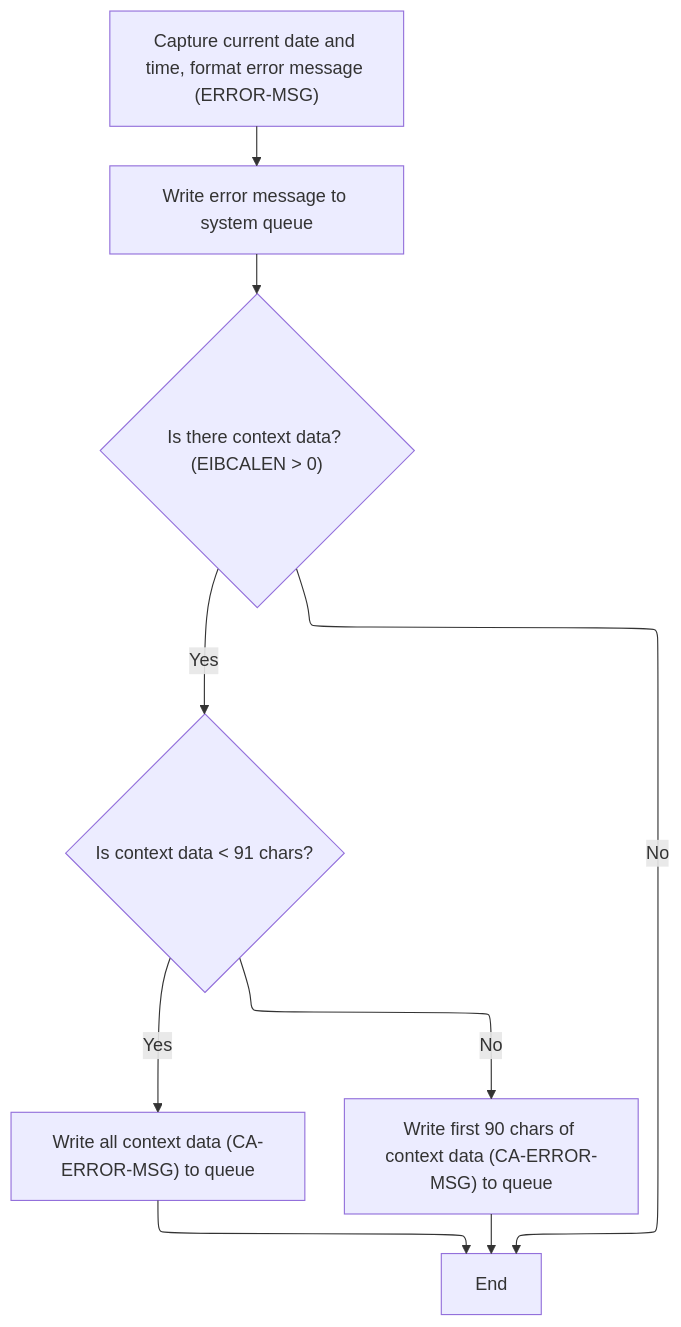
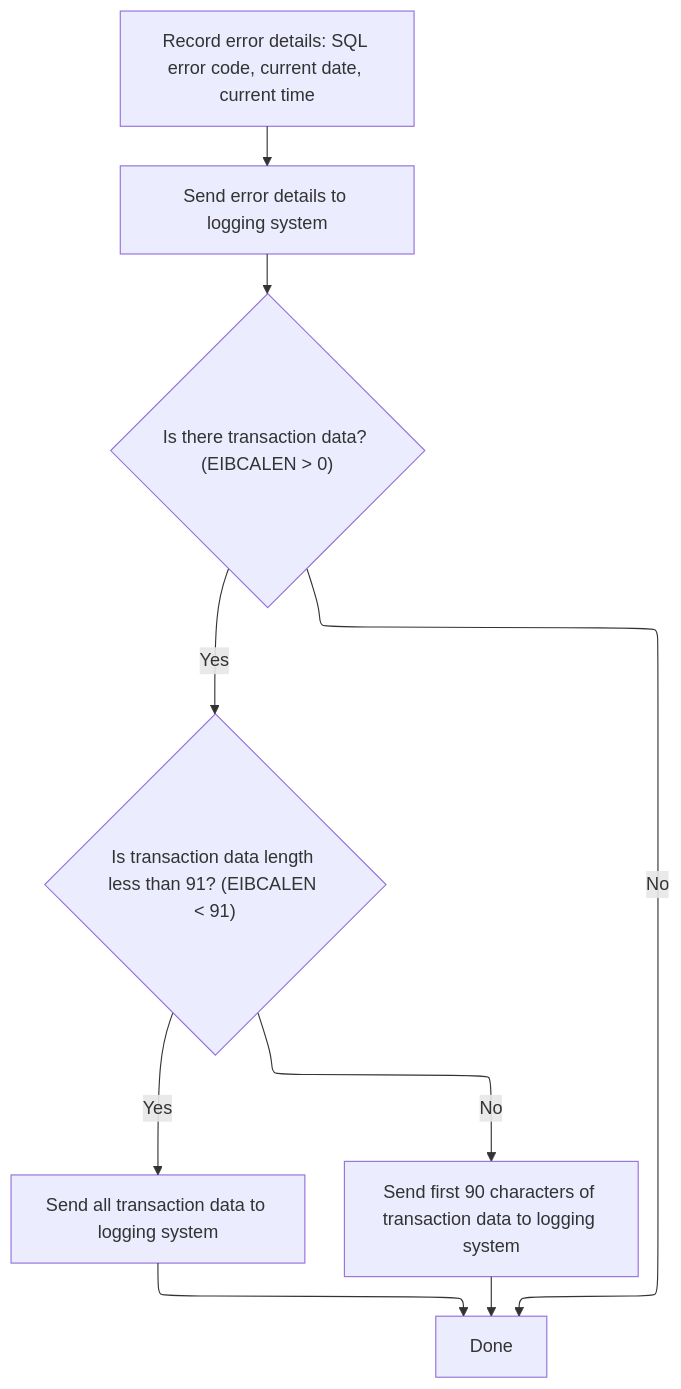
The sixth of 10 diagrams in .swm/inquire-policy-details-lgipol01.m4dh9yau.sw.md (Giri-Swimm/Swimmio-genapp-house), drawn with Mermaid before and after one commit. The commit also changed other lines of this file and 17 other files, not shown here.

````diff
--- a/.swm/inquire-policy-details-lgipol01.m4dh9yau.sw.md
+++ b/.swm/inquire-policy-details-lgipol01.m4dh9yau.sw.md
@@ -260,40 +808,40 @@
 ```mermaid
 %%{init: {"flowchart": {"defaultRenderer": "elk"}} }%%
 flowchart TD
-    node1["Capture current date and time, format error message (ERROR-MSG)"] --> node2["Write error message to system queue"]
-    click node1 openCode "base/src/lgipol01.cbl:110:117"
-    click node2 openCode "base/src/lgipol01.cbl:119:122"
-    node2 --> node3{"Is there context data? (EIBCALEN > 0)"}
-    click node3 openCode "base/src/lgipol01.cbl:124:138"
-    node3 -->|"Yes"| node4{"Is context data < 91 chars?"}
-    click node4 openCode "base/src/lgipol01.cbl:125:137"
-    node4 -->|"Yes"| node5["Write all context data (CA-ERROR-MSG) to queue"]
-    click node5 openCode "base/src/lgipol01.cbl:126:130"
-    node4 -->|"No"| node6["Write first 90 chars of context data (CA-ERROR-MSG) to queue"]
-    click node6 openCode "base/src/lgipol01.cbl:132:136"
-    node3 -->|"No"| node7["End"]
-    click node7 openCode "base/src/lgipol01.cbl:139:139"
-    node5 --> node7
-    node6 --> node7
+  node1["Record error details: SQL error code, current date, current time"] --> node2["Send error details to logging system"]
+  click node1 openCode "base/src/lgipdb01.cbl:997:1009"
+  node2 --> node3{"Is there transaction data? (EIBCALEN > 0)"}
+  click node2 openCode "base/src/lgipdb01.cbl:1010:1013"
+  node3 -->|"No"| node6["Done"]
+  node3 -->|"Yes"| node4{"Is transaction data length less than 91? (EIBCALEN < 91)"}
+  click node3 openCode "base/src/lgipdb01.cbl:1015:1015"
+  node4 -->|"Yes"| node5["Send all transaction data to logging system"]
+  click node4 openCode "base/src/lgipdb01.cbl:1016:1017"
+  node4 -->|"No"| node7["Send first 90 characters of transaction data to logging system"]
+  click node5 openCode "base/src/lgipdb01.cbl:1018:1021"
+  click node7 openCode "base/src/lgipdb01.cbl:1023:1027"
+  node5 --> node6
+  node7 --> node6
+  click node6 openCode "base/src/lgipdb01.cbl:1030:1030"
 classDef HeadingStyle fill:#777777,stroke:#333,stroke-width:2px;
 
 %% Swimm:
 %% %%{init: {"flowchart": {"defaultRenderer": "elk"}} }%%
 %% flowchart TD
-%%     node1["Capture current date and time, format error message (<SwmToken path="base/src/lgipol01.cbl" pos="120:3:5" line-data="                     COMMAREA(ERROR-MSG)">`ERROR-MSG`</SwmToken>)"] --> node2["Write error message to system queue"]
-%%     click node1 openCode "<SwmPath>[base/src/lgipol01.cbl](base/src/lgipol01.cbl)</SwmPath>:110:117"
-%%     click node2 openCode "<SwmPath>[base/src/lgipol01.cbl](base/src/lgipol01.cbl)</SwmPath>:119:122"
-%%     node2 --> node3{"Is there context data? (EIBCALEN > 0)"}
-%%     click node3 openCode "<SwmPath>[base/src/lgipol01.cbl](base/src/lgipol01.cbl)</SwmPath>:124:138"
-%%     node3 -->|"Yes"| node4{"Is context data < 91 chars?"}
-%%     click node4 openCode "<SwmPath>[base/src/lgipol01.cbl](base/src/lgipol01.cbl)</SwmPath>:125:137"
-%%     node4 -->|"Yes"| node5["Write all context data (<SwmToken path="base/src/lgipol01.cbl" pos="128:3:7" line-data="                         COMMAREA(CA-ERROR-MSG)">`CA-ERROR-MSG`</SwmToken>) to queue"]
-%%     click node5 openCode "<SwmPath>[base/src/lgipol01.cbl](base/src/lgipol01.cbl)</SwmPath>:126:130"
-%%     node4 -->|"No"| node6["Write first 90 chars of context data (<SwmToken path="base/src/lgipol01.cbl" pos="128:3:7" line-data="                         COMMAREA(CA-ERROR-MSG)">`CA-ERROR-MSG`</SwmToken>) to queue"]
-%%     click node6 openCode "<SwmPath>[base/src/lgipol01.cbl](base/src/lgipol01.cbl)</SwmPath>:132:136"
-%%     node3 -->|"No"| node7["End"]
-%%     click node7 openCode "<SwmPath>[base/src/lgipol01.cbl](base/src/lgipol01.cbl)</SwmPath>:139:139"
-%%     node5 --> node7
-%%     node6 --> node7
+%%   node1["Record error details: SQL error code, current date, current time"] --> node2["Send error details to logging system"]
+%%   click node1 openCode "<SwmPath>[base/src/lgipdb01.cbl](base/src/lgipdb01.cbl)</SwmPath>:997:1009"
+%%   node2 --> node3{"Is there transaction data? (EIBCALEN > 0)"}
+%%   click node2 openCode "<SwmPath>[base/src/lgipdb01.cbl](base/src/lgipdb01.cbl)</SwmPath>:1010:1013"
+%%   node3 -->|"No"| node6["Done"]
+%%   node3 -->|"Yes"| node4{"Is transaction data length less than 91? (EIBCALEN < 91)"}
+%%   click node3 openCode "<SwmPath>[base/src/lgipdb01.cbl](base/src/lgipdb01.cbl)</SwmPath>:1015:1015"
+%%   node4 -->|"Yes"| node5["Send all transaction data to logging system"]
+%%   click node4 openCode "<SwmPath>[base/src/lgipdb01.cbl](base/src/lgipdb01.cbl)</SwmPath>:1016:1017"
+%%   node4 -->|"No"| node7["Send first 90 characters of transaction data to logging system"]
+%%   click node5 openCode "<SwmPath>[base/src/lgipdb01.cbl](base/src/lgipdb01.cbl)</SwmPath>:1018:1021"
+%%   click node7 openCode "<SwmPath>[base/src/lgipdb01.cbl](base/src/lgipdb01.cbl)</SwmPath>:1023:1027"
+%%   node5 --> node6
+%%   node7 --> node6
+%%   click node6 openCode "<SwmPath>[base/src/lgipdb01.cbl](base/src/lgipdb01.cbl)</SwmPath>:1030:1030"
 %% classDef HeadingStyle fill:#777777,stroke:#333,stroke-width:2px;
 ```
````
